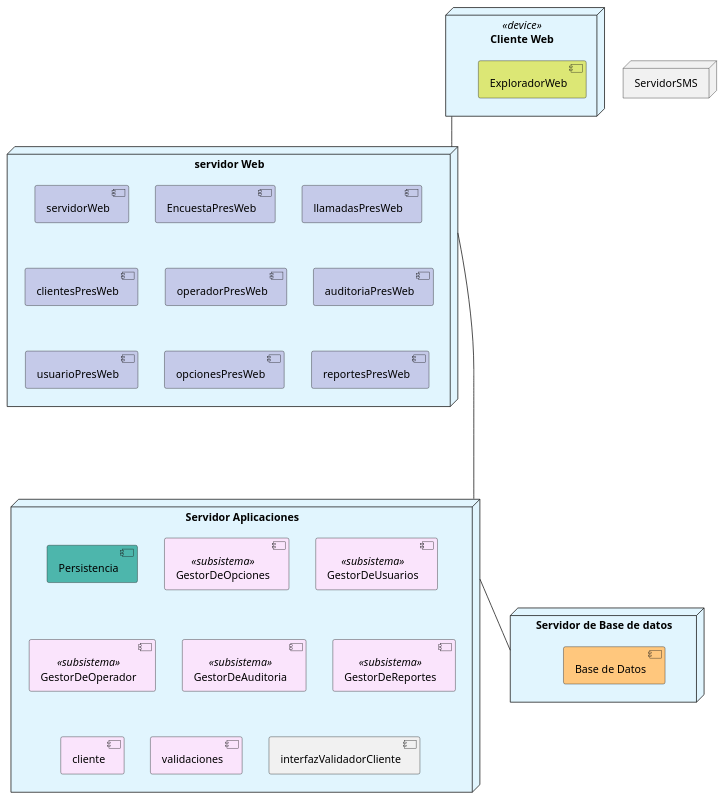
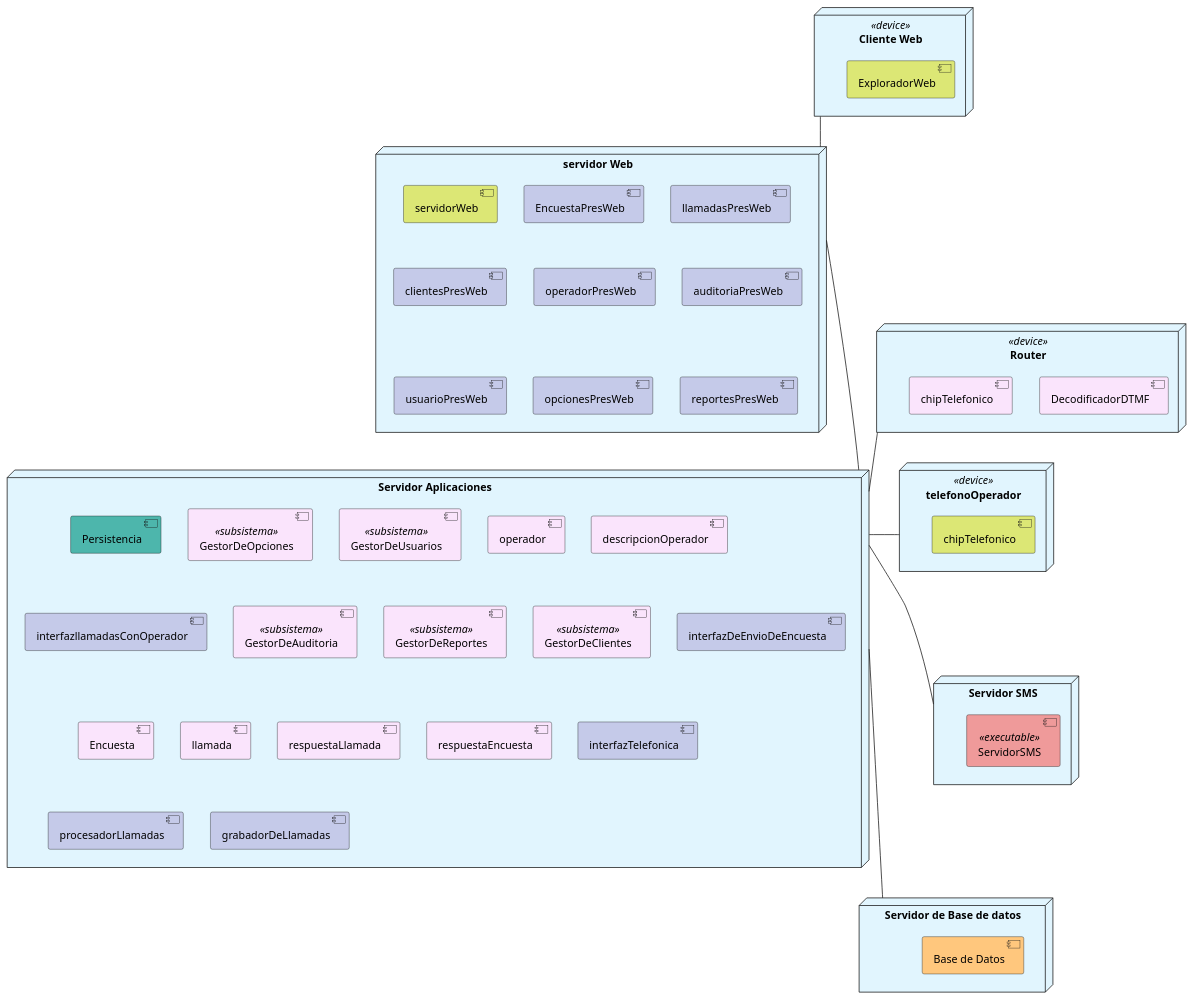
Before and after one commit to ReynaTeodoro/2023DSI: the diagram in PPAI/entrega2/vistaDespliegue.puml, drawn with PlantUML.

Commit message:
v2.DiagramaDespliegue

```diff
--- a/PPAI/entrega2/vistaDespliegue.puml
+++ b/PPAI/entrega2/vistaDespliegue.puml
@@ -1,37 +1,63 @@
 @startuml
+
 node "Cliente Web" as presWeb <<device>>#E1F5FE{
 component [ExploradorWeb] #DCE775 
 }
 
 node "servidor Web" as NodeservidorWeb #E1F5FE{
-component [servidorWeb] #C5CAE9
+component [servidorWeb] #DCE775
 component [EncuestaPresWeb] #C5CAE9
 component [llamadasPresWeb] #C5CAE9
 component [clientesPresWeb] #C5CAE9
 component [operadorPresWeb] #C5CAE9
 component [auditoriaPresWeb] #C5CAE9
 component [usuarioPresWeb] #C5CAE9
 component [opcionesPresWeb] #C5CAE9
 component [reportesPresWeb] #C5CAE9
 }
 node "Servidor Aplicaciones" as NodeApps #E1F5FE{
 component [Persistencia] #4DB6AC
-component GestorDeOpciones <<subsistema>> #fae4fc
-component GestorDeUsuarios <<subsistema>> #fae4fc
-component GestorDeOperador <<subsistema>> #fae4fc
+component [GestorDeOpciones] <<subsistema>> #fae4fc
+component [GestorDeUsuarios] <<subsistema>> #fae4fc
+component [operador] #fae4fc
+component [descripcionOperador] #fae4fc
+component [interfazllamadasConOperador] #C5CAE9
 component GestorDeAuditoria <<subsistema>> #fae4fc
 component GestorDeReportes <<subsistema>> #fae4fc
-component [cliente] #fae4fc
-component [validaciones] #fae4fc
-component [interfazValidadorCliente] 
-
+component GestorDeClientes <<subsistema>> #fae4fc
+component interfazDeEnvioDeEncuesta #C5CAE9
+component Encuesta #fae4fc
+component llamada #fae4fc
+component respuestaLlamada #fae4fc
+component respuestaEncuesta #fae4fc
+component interfazTelefonica #C5CAE9
+component procesadorLlamadas #C5CAE9
+component grabadorDeLlamadas #C5CAE9
+ 
 }
-node ServidorSMS
 node "Servidor de Base de datos" as NodeBD #E1F5FE{
 component [Base de Datos] #ffc77d
 }
-presWeb -- NodeservidorWeb 
-NodeservidorWeb ------ NodeApps
-NodeApps-- NodeBD
+node Router <<device>>  #E1F5FE{
+  component [DecodificadorDTMF] as dmtf #fae4fc
+  component [chipTelefonico] as c2 #fae4fc
+}
+node telefonoOperador <<device>> #E1F5FE{
+  component [chipTelefonico] as c1 #DCE775
+  
+}
+node "Servidor SMS" as servidorSMS #E1F5FE{
+  component ServidorSMS <<executable>> #EF9A9A
+}
+
+
+
+
+presWeb  -down- NodeservidorWeb 
+NodeservidorWeb -down--- NodeApps
+NodeBD  -up---- NodeApps
+NodeApps -up- Router
+NodeApps -right-- telefonoOperador
+NodeApps -down-- servidorSMS
 
 @enduml
```
